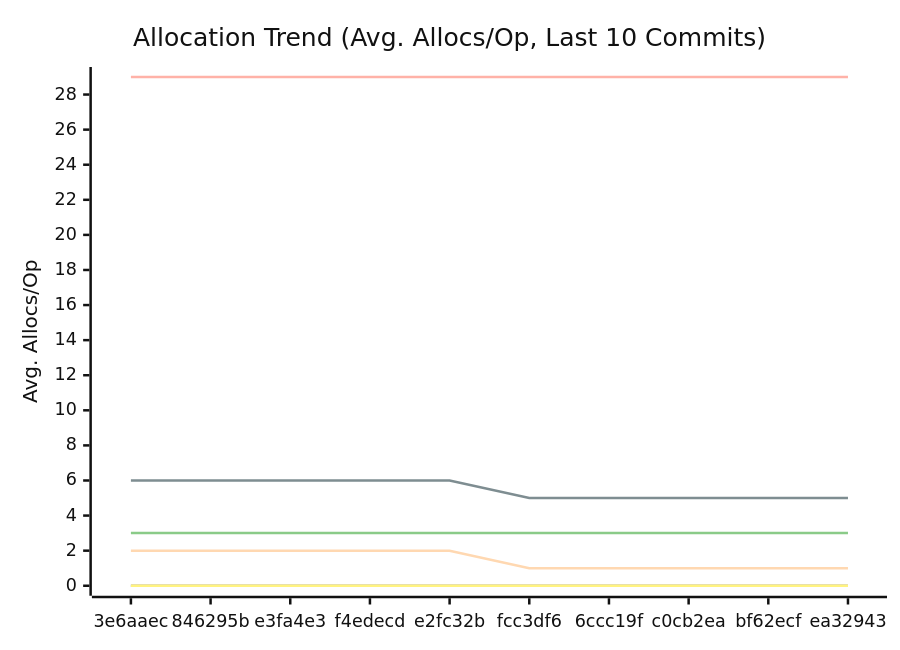
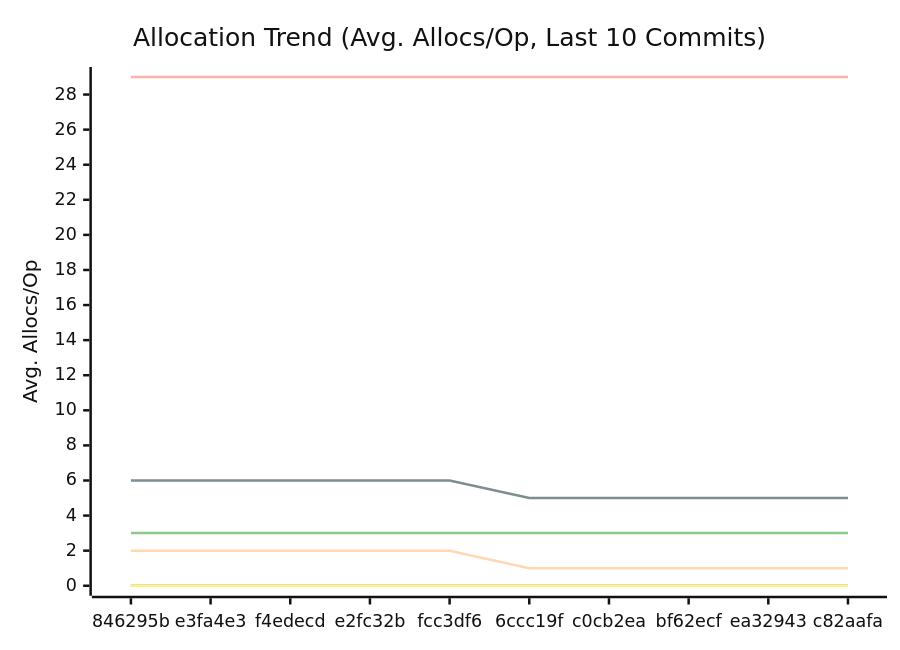
Before and after one commit to alsotoes/momo: the third of 3 diagrams in docs/PERFORMANCE.md, drawn with Mermaid (neutral theme). The commit also changed other lines of this file and 2 other files, not shown here.

````diff
--- a/docs/PERFORMANCE.md
+++ b/docs/PERFORMANCE.md
@@ -114,16 +114,16 @@
 ```mermaid
 xychart-beta
     title "Allocation Trend (Avg. Allocs/Op, Last 10 Commits)"
     x-axis "Commit"
     y-axis "Avg. Allocs/Op"
-    x-axis [3e6aaec,846295b,e3fa4e3,f4edecd,e2fc32b,fcc3df6,6ccc19f,c0cb2ea,bf62ecf,ea32943]
+    x-axis [846295b,e3fa4e3,f4edecd,e2fc32b,fcc3df6,6ccc19f,c0cb2ea,bf62ecf,ea32943,c82aafa]
     line "CheckMetricsAndSwap" [0,0,0,0,0,0,0,0,0,0]
     line "CrushOptimized" [0,0,0,0,0,0,0,0,0,0]
     line "CrushOriginal" [3,3,3,3,3,3,3,3,3,3]
     line "IndexDirectTracking" [0,0,0,0,0,0,0,0,0,0]
     line "IndexSearch" [0,0,0,0,0,0,0,0,0,0]
     line "LoadGlobalConfig" [29,29,29,29,29,29,29,29,29,29]
     line "PadString" [0,0,0,0,0,0,0,0,0,0]
     line "ParseReplicationOrder_NoPrealloc" [6,6,6,6,6,5,5,5,5,5]
     line "ParseReplicationOrder_Prealloc" [2,2,2,2,2,1,1,1,1,1]
 ```
````
